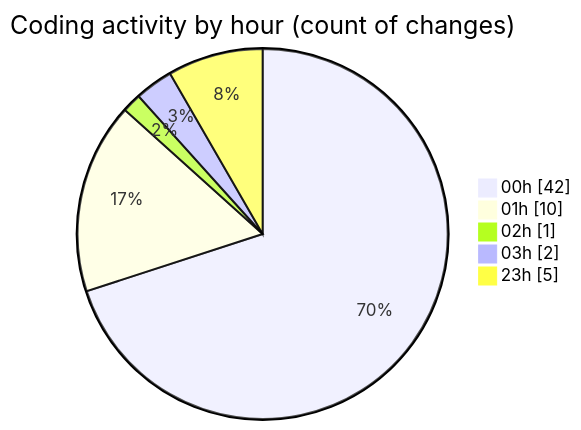
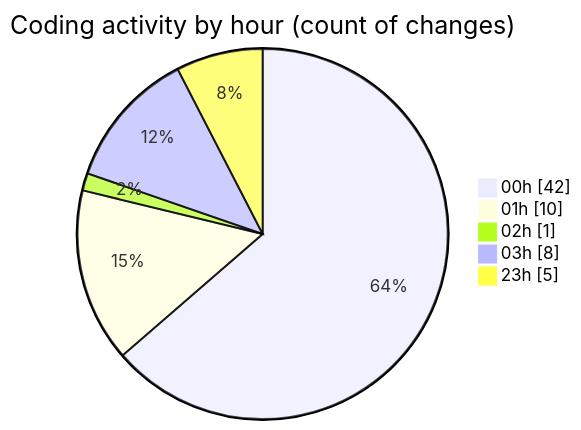
One commit to julien-gomy/code-tracking changed the second of 2 diagrams in 2025-11-27/eventscop-frontend-guide__workspace_/README.md. Above: the diagram before and after it, drawn with Mermaid. The commit also changed other lines of this file and 1 other file, not shown here.

````diff
--- a/2025-11-27/eventscop-frontend-guide__workspace_/README.md
+++ b/2025-11-27/eventscop-frontend-guide__workspace_/README.md
@@ -46,9 +48,9 @@
 ```mermaid
 pie showData
 title Coding activity by hour (count of changes)
 "00h" : 42
 "01h" : 10
 "02h" : 1
-"03h" : 2
+"03h" : 8
 "23h" : 5
 ```
````
